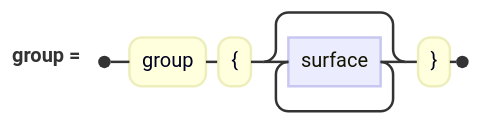
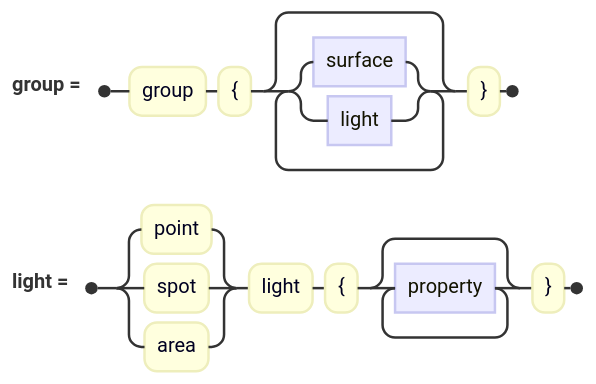
One commit to jskress/RayTracer changed the diagram in docs/diagrams/surfaces/groupClause.mmd. Above: the diagram before and after it, drawn with Mermaid. The commit also changed 29 other files, not shown here.

```diff
--- a/docs/diagrams/surfaces/groupClause.mmd
+++ b/docs/diagrams/surfaces/groupClause.mmd
@@ -1,4 +1,6 @@
 railroad-ebnf-beta
 title "A group"
 
-group = "group" "{" { surface } "}" ;
+group = "group" "{" { surface | light } "}" ;
+
+light = ( "point" | "spot" | "area" ) "light" "{" { property } "}" ;
```
